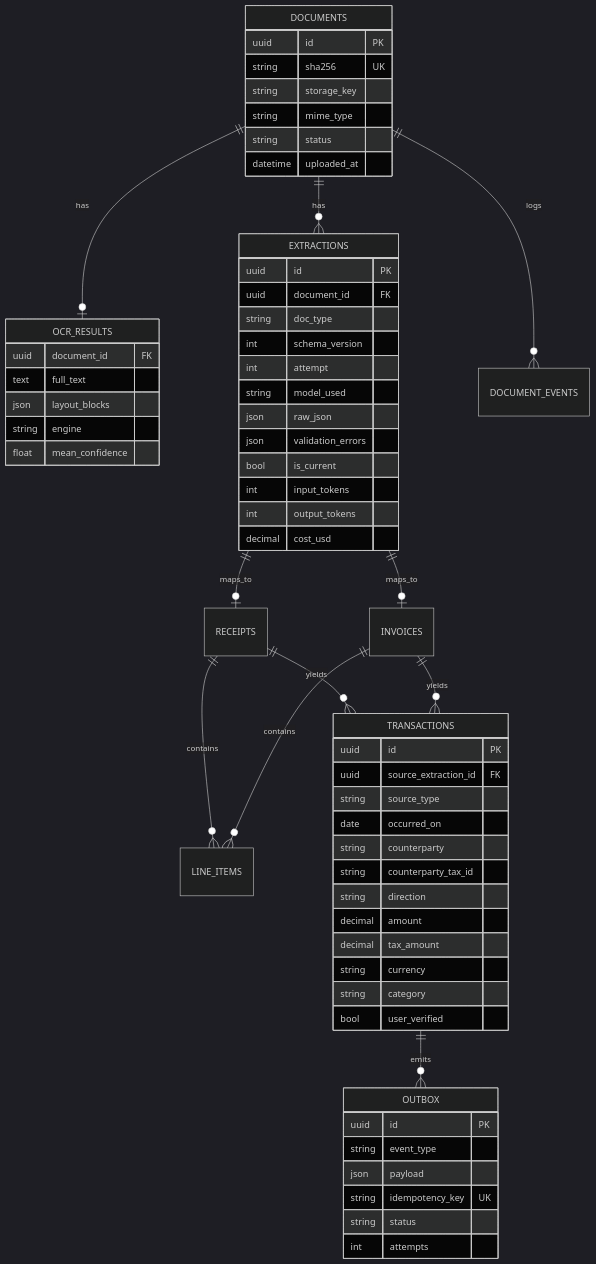
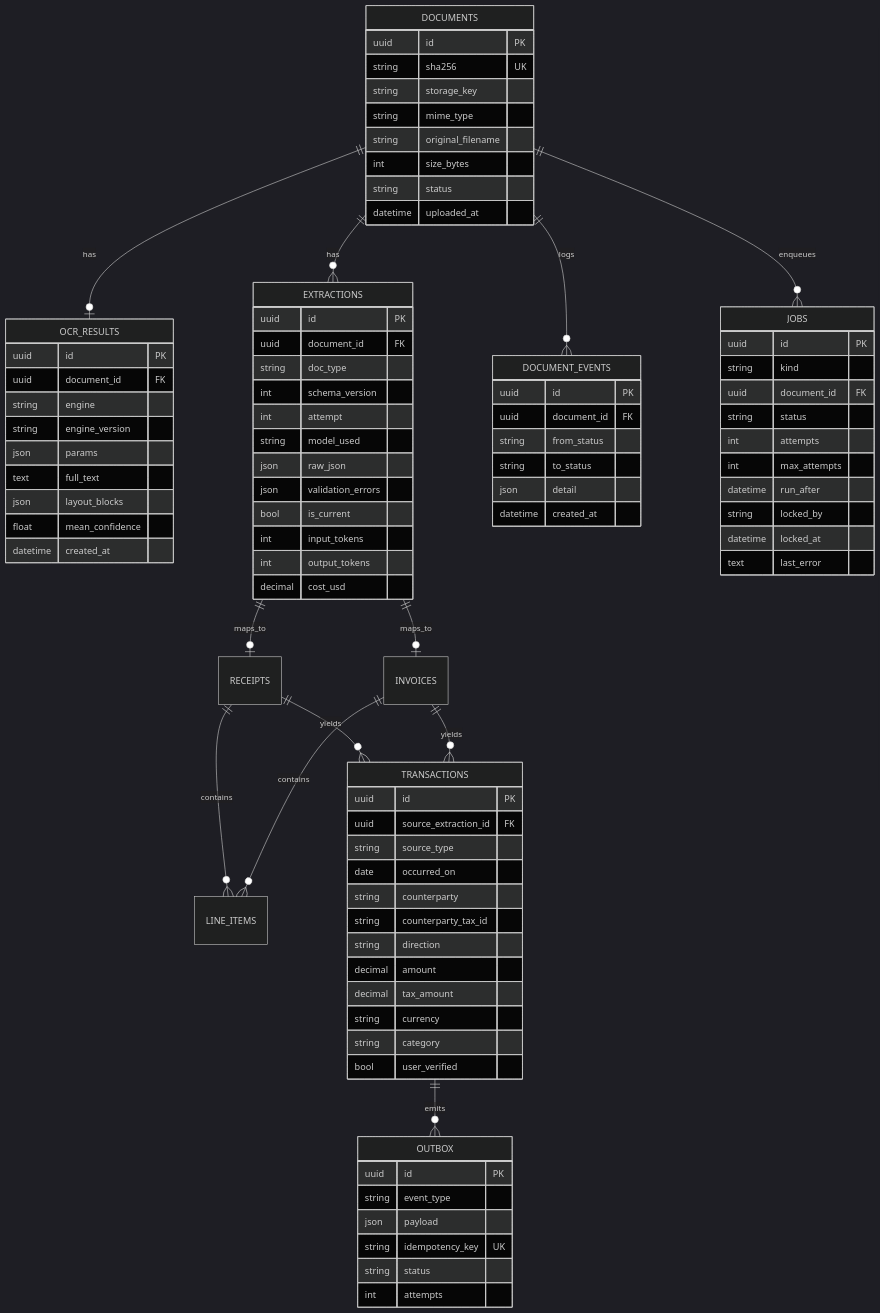
Before and after one commit to cgsellers/assistant: the third of 3 diagrams in README.md, drawn with Mermaid (dark theme). The commit also changed other lines of this file, not shown here.

First line of the commit message:
Fix outdated README: uv setup, synced ER diagram

```diff
--- a/README.md
+++ b/README.md
@@ -111,6 +113,7 @@
     DOCUMENTS ||--o| OCR_RESULTS : has
     DOCUMENTS ||--o{ EXTRACTIONS : has
     DOCUMENTS ||--o{ DOCUMENT_EVENTS : logs
+    DOCUMENTS ||--o{ JOBS : enqueues
     EXTRACTIONS ||--o| RECEIPTS : maps_to
     EXTRACTIONS ||--o| INVOICES : maps_to
     RECEIPTS ||--o{ LINE_ITEMS : contains
@@ -124,15 +127,41 @@
         string sha256 UK
         string storage_key
         string mime_type
+        string original_filename
+        int size_bytes
         string status
         datetime uploaded_at
     }
     OCR_RESULTS {
+        uuid id PK
         uuid document_id FK
+        string engine
+        string engine_version
+        json params
         text full_text
         json layout_blocks
-        string engine
         float mean_confidence
+        datetime created_at
+    }
+    DOCUMENT_EVENTS {
+        uuid id PK
+        uuid document_id FK
+        string from_status
+        string to_status
+        json detail
+        datetime created_at
+    }
+    JOBS {
+        uuid id PK
+        string kind
+        uuid document_id FK
+        string status
+        int attempts
+        int max_attempts
+        datetime run_after
+        string locked_by
+        datetime locked_at
+        text last_error
     }
     EXTRACTIONS {
         uuid id PK
```
